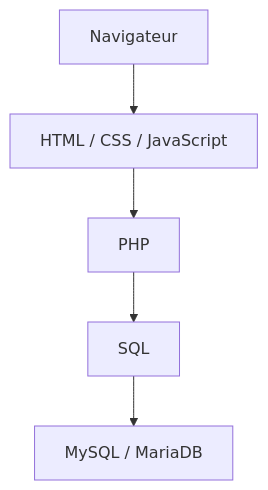
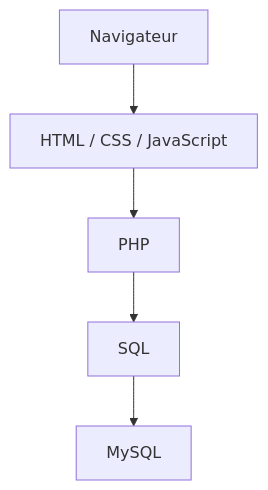
One commit to SP-MMIBdx/M2-weux-projet-dev-ux changed the first of 8 diagrams in docs/plan_dev.md. Above: the diagram before and after it, drawn with Mermaid. The commit also changed other lines of this file and 2 other files, not shown here.

````diff
--- a/docs/plan_dev.md
+++ b/docs/plan_dev.md
@@ -31,12 +31,12 @@
 ```mermaid
 flowchart TD
     N0["Navigateur"]
     N1["HTML / CSS / JavaScript"]
     N2["PHP"]
     N3["SQL"]
-    N4["MySQL / MariaDB"]
+    N4["MySQL"]
     N0 --> N1
     N1 --> N2
     N2 --> N3
     N3 --> N4
 ```
````
